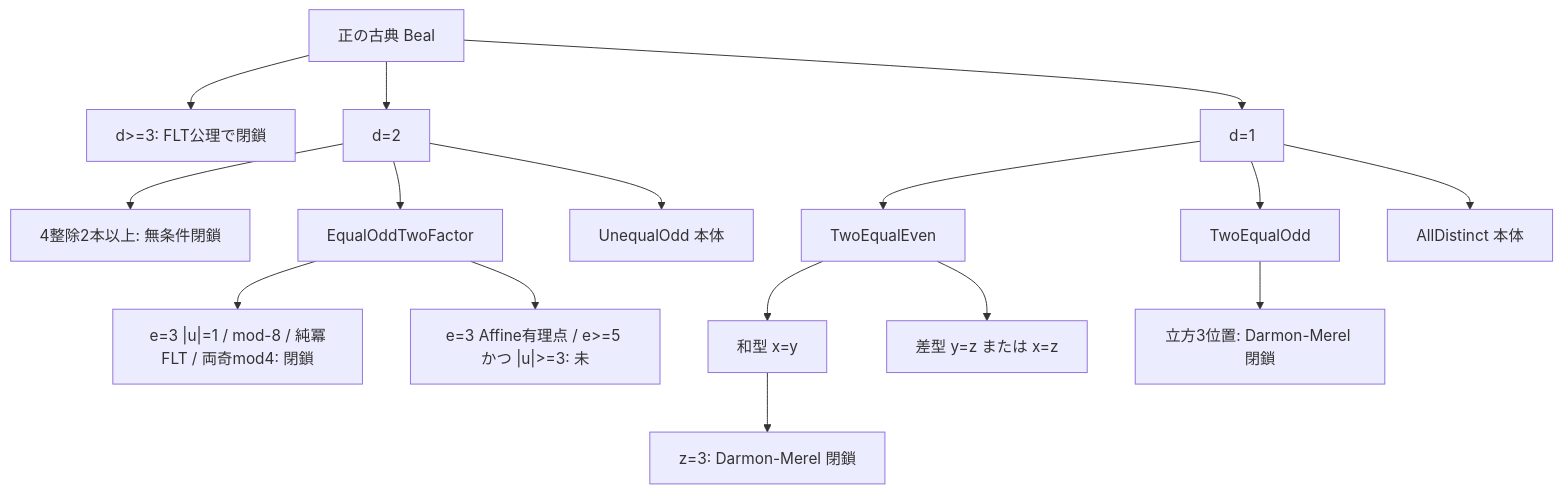
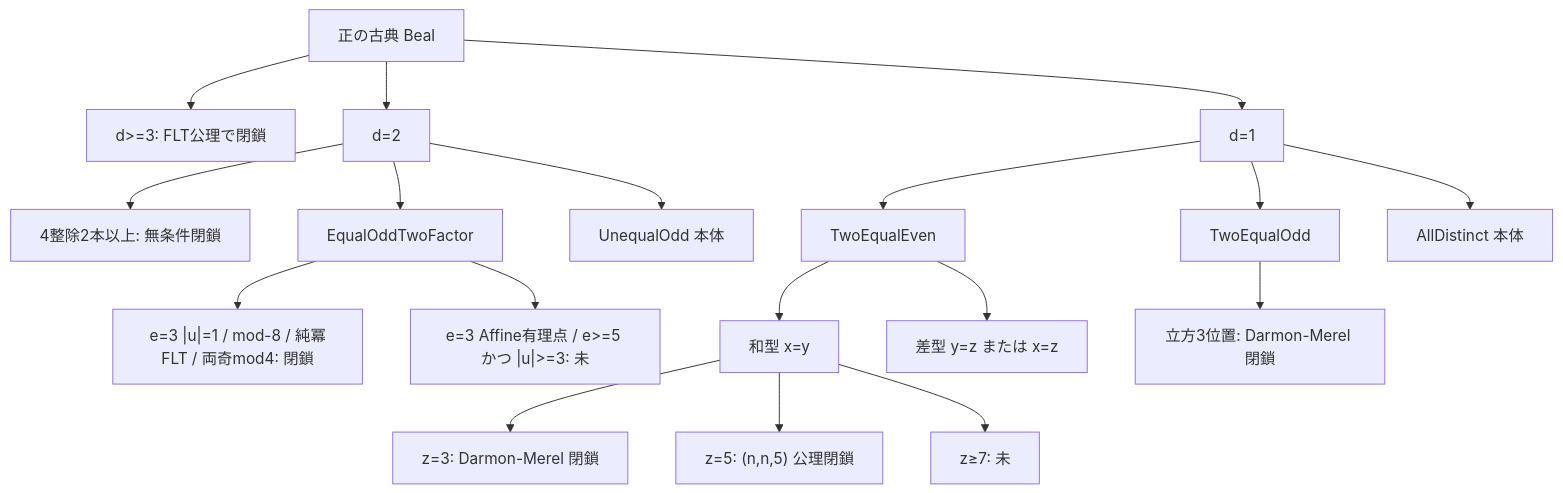
One commit to hypernumbernet/DstDiophantine changed the second of 2 diagrams in PLAN.md. Above: the diagram before and after it, drawn with Mermaid. The commit also changed other lines of this file and 9 other files, not shown here.

````diff
--- a/PLAN.md
+++ b/PLAN.md
@@ -80,18 +85,20 @@
 ```mermaid
 flowchart TD
   BealPos["正の古典 Beal"] --> FLT["d>=3: FLT公理で閉鎖"]
   BealPos --> D2["d=2"]
   BealPos --> D1["d=1"]
   D2 --> Fourth["4整除2本以上: 無条件閉鎖"]
   D2 --> EqOdd["EqualOddTwoFactor"]
   D2 --> Uneq["UnequalOdd 本体"]
   EqOdd --> CubeClosed["e=3 |u|=1 / mod-8 / 純冪FLT / 両奇mod4: 閉鎖"]
   EqOdd --> CubeOpen["e=3 Affine有理点 / e>=5 かつ |u|>=3: 未"]
   D1 --> Even["TwoEqualEven"]
   D1 --> Odd["TwoEqualOdd"]
   D1 --> Dist["AllDistinct 本体"]
   Even --> Sum["和型 x=y"]
   Even --> Diff["差型 y=z または x=z"]
   Sum --> DMz3["z=3: Darmon-Merel 閉鎖"]
+  Sum --> NN5z5["z=5: (n,n,5) 公理閉鎖"]
+  Sum --> Zge7["z≥7: 未"]
   Odd --> DMpos["立方3位置: Darmon-Merel 閉鎖"]
 ```
````
